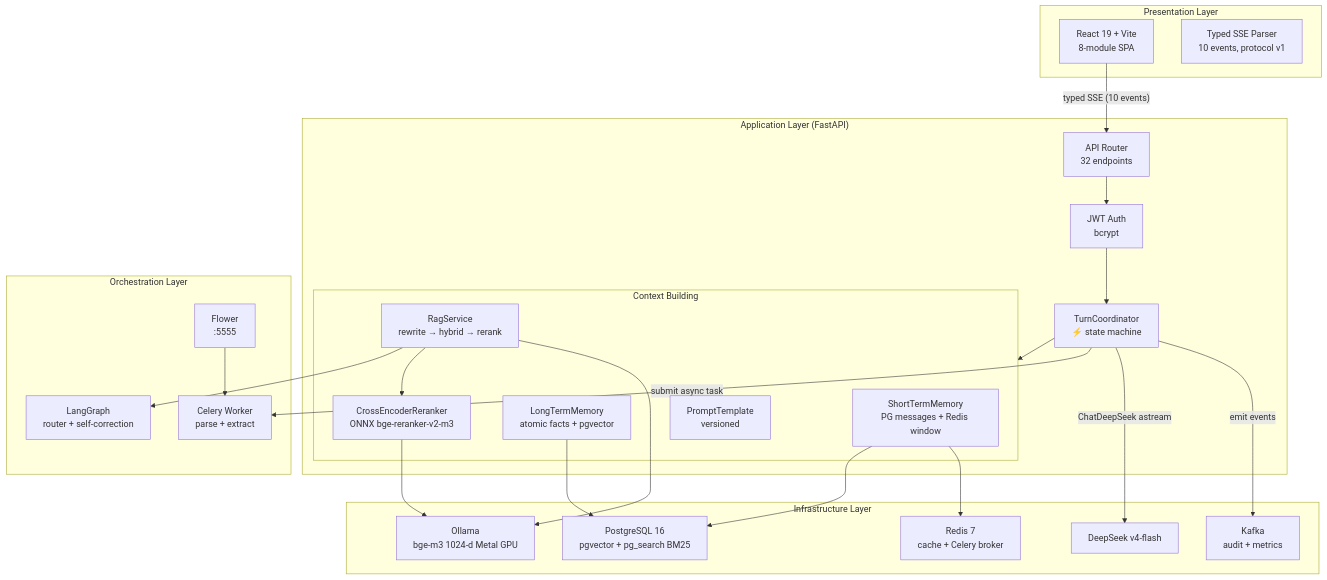
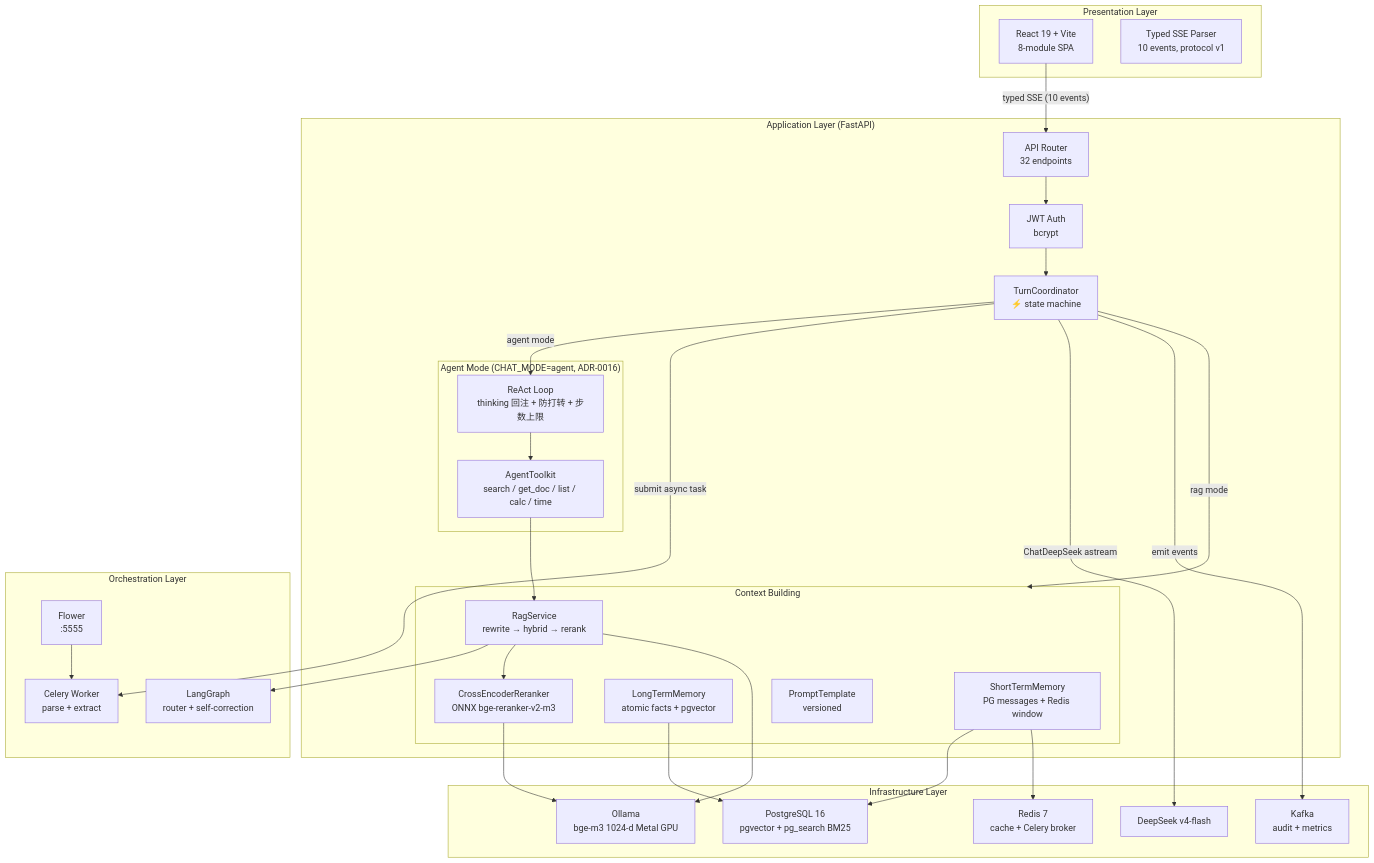
Before and after one commit to KevinDeng-0411/CodeAware: the first of 4 diagrams in README.md, drawn with Mermaid. The commit also changed 1 other file, not shown here.

Commit message:
docs: README 架构图更新 - 图1 加 Agent 模式层（CHAT_MODE 双模式）
- 系统分层架构图：应用层 + Agent Mode 子图（ReAct Loop + AgentToolkit 5 工具），TC 按 rag/agent 双模式分流到 Context / Agent
- 中英文同步；图2/3/4 保持（RAG 路径细节，Agent 有独立路径）

````diff
--- a/README.md
+++ b/README.md
@@ -124,51 +124,59 @@
 ```mermaid
 graph TB
     subgraph Presentation["Presentation Layer"]
         React["React 19 + Vite<br/>8-module SPA"]
         SSE["Typed SSE Parser<br/>10 events, protocol v1"]
     end
 
     subgraph Application["Application Layer (FastAPI)"]
         Router["API Router<br/>32 endpoints"]
         Auth["JWT Auth<br/>bcrypt"]
         TC["TurnCoordinator<br/>⚡ state machine"]
 
         subgraph Context["Context Building"]
             STM["ShortTermMemory<br/>PG messages + Redis window"]
             LTM["LongTermMemory<br/>atomic facts + pgvector"]
             RAG["RagService<br/>rewrite → hybrid → rerank"]
             RR["CrossEncoderReranker<br/>ONNX bge-reranker-v2-m3"]
             PT["PromptTemplate<br/>versioned"]
+        end
+
+        subgraph Agent["Agent Mode (CHAT_MODE=agent, ADR-0016)"]
+            RL["ReAct Loop<br/>thinking 回注 + 防打转 + 步数上限"]
+            AT["AgentToolkit<br/>search / get_doc / list / calc / time"]
         end
     end
 
     subgraph Orchestration["Orchestration Layer"]
         LG["LangGraph<br/>router + self-correction"]
         Celery["Celery Worker<br/>parse + extract"]
         Flower["Flower<br/>:5555"]
     end
 
     subgraph Infrastructure["Infrastructure Layer"]
         PG["PostgreSQL 16<br/>pgvector + pg_search BM25"]
         Redis["Redis 7<br/>cache + Celery broker"]
         Kafka["Kafka<br/>audit + metrics"]
         Ollama["Ollama<br/>bge-m3 1024-d Metal GPU"]
         DS["DeepSeek v4-flash"]
     end
 
     React -->|"typed SSE (10 events)"| Router
     Router --> Auth
     Auth --> TC
-    TC --> Context
+    TC -->|"rag mode"| Context
+    TC -->|"agent mode"| RL
+    RL --> AT
+    AT --> RAG
     RAG --> LG
     RAG --> RR
     TC -->|"submit async task"| Celery
     Flower --> Celery
     STM --> PG
     STM --> Redis
     LTM --> PG
     RR --> Ollama
     RAG --> Ollama
     TC -->|"ChatDeepSeek astream"| DS
     TC -->|"emit events"| Kafka
 ```
````
